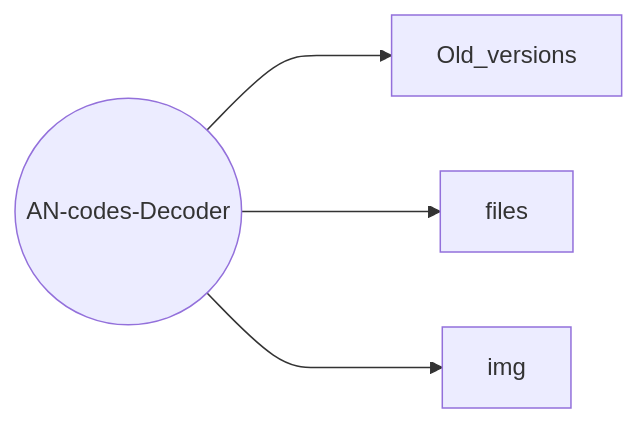
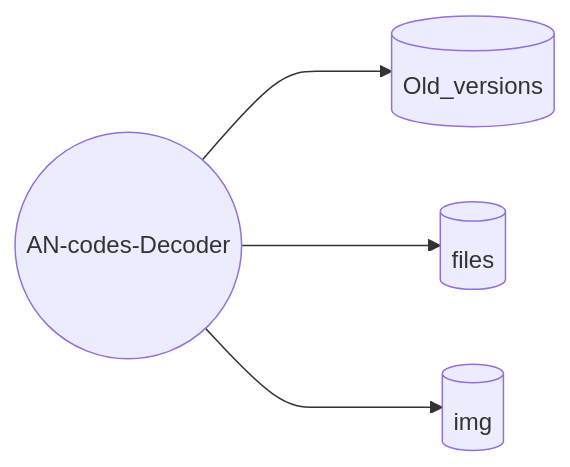
The seventh of 10 diagrams in README.md (Wilhelmine21/Wilhelmine21), drawn with Mermaid before and after one commit. The commit also changed other lines of this file, not shown here.

````diff
--- a/README.md
+++ b/README.md
@@ -68,6 +75,6 @@
 ```mermaid
 graph LR;
-AN-codes-Decoder((AN-codes-Decoder)) ---> Old_versions
-AN-codes-Decoder((AN-codes-Decoder)) ---> files
-AN-codes-Decoder((AN-codes-Decoder)) ---> img
+AN-codes-Decoder((AN-codes-Decoder)) ---> Old_versions[(Old_versions)]
+AN-codes-Decoder((AN-codes-Decoder)) ---> files[(files)]
+AN-codes-Decoder((AN-codes-Decoder)) ---> img[(img)]
 ```
````
